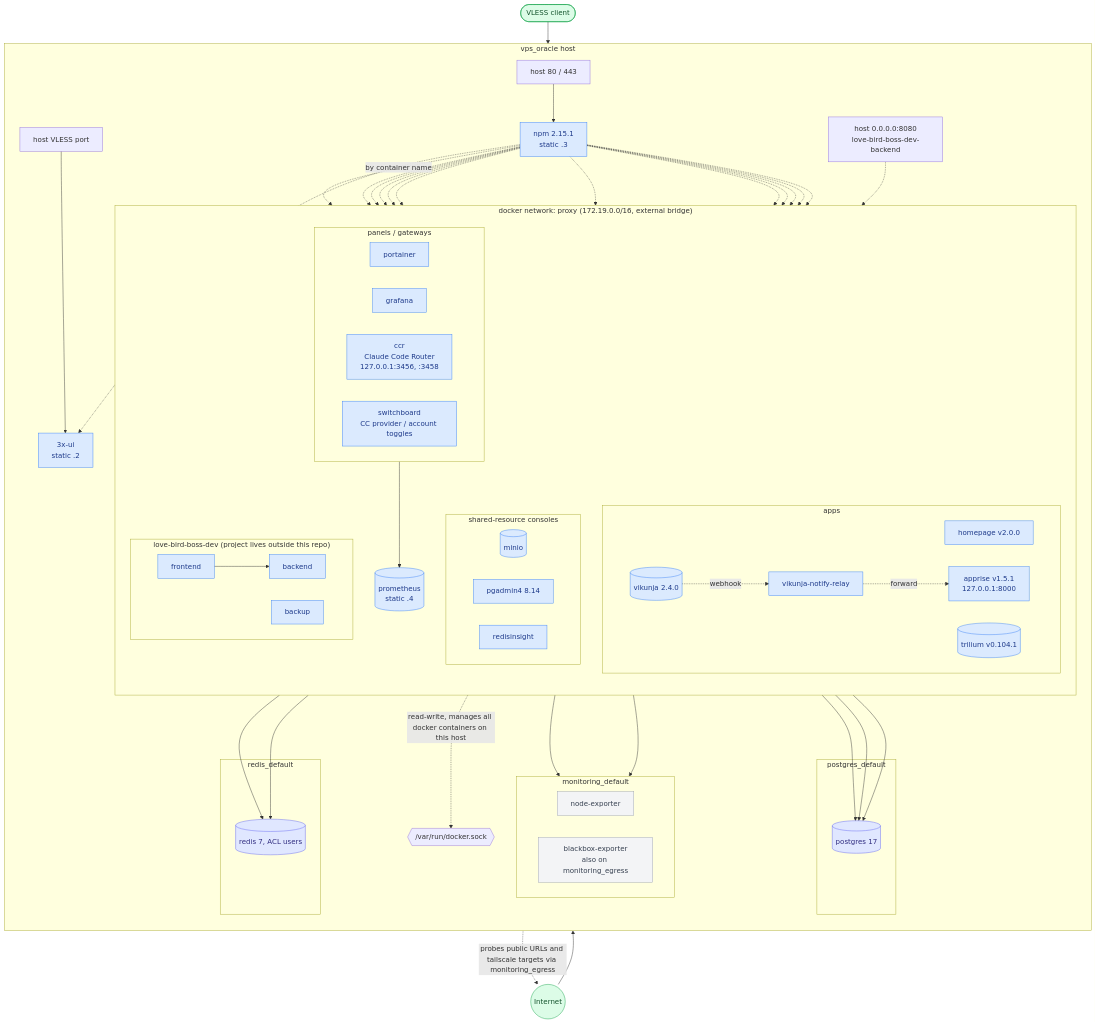
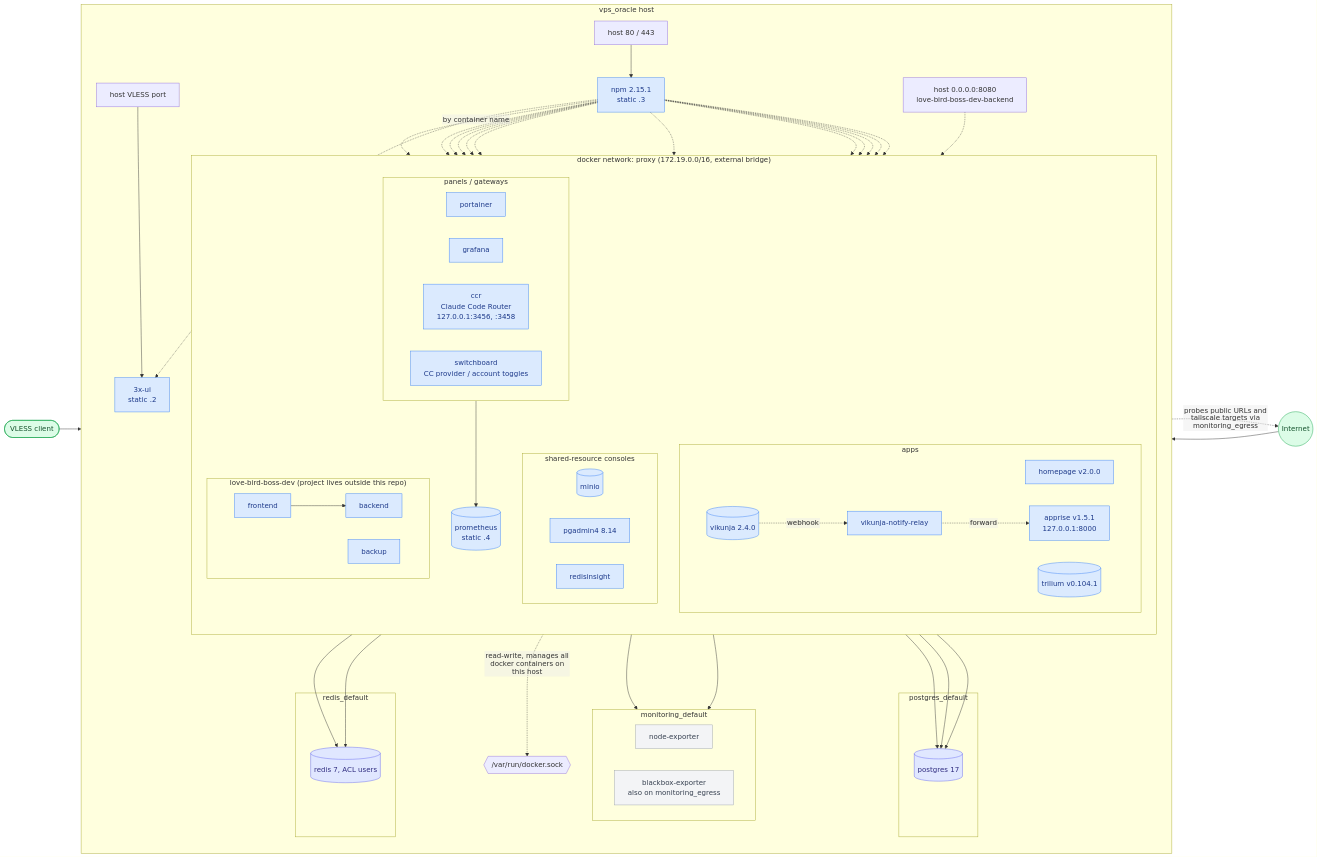
The third of 7 diagrams in docs/deployment-topology/v5.md (Jeromefromcn/docker-gitops), drawn with Mermaid before and after one commit. The commit also changed other lines of this file, not shown here.

Commit message:
docs(deployment-topology): update diagrams to improve clarity and add details on tofu management

````diff
--- a/docs/deployment-topology/v5.md
+++ b/docs/deployment-topology/v5.md
@@ -135,5 +134,6 @@
 ```mermaid
-flowchart TB
+%%{init: {"flowchart": {"htmlLabels": false, "wrappingWidth": 400}}}%%
+flowchart LR
     Internet((Internet))
     VlessClient([VLESS client])
 
````
